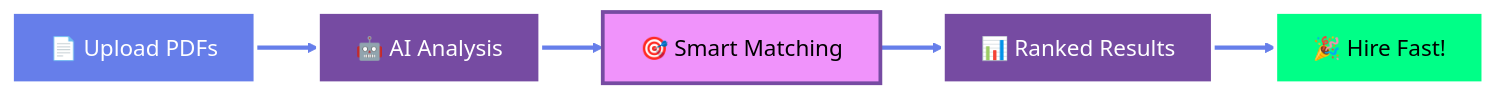
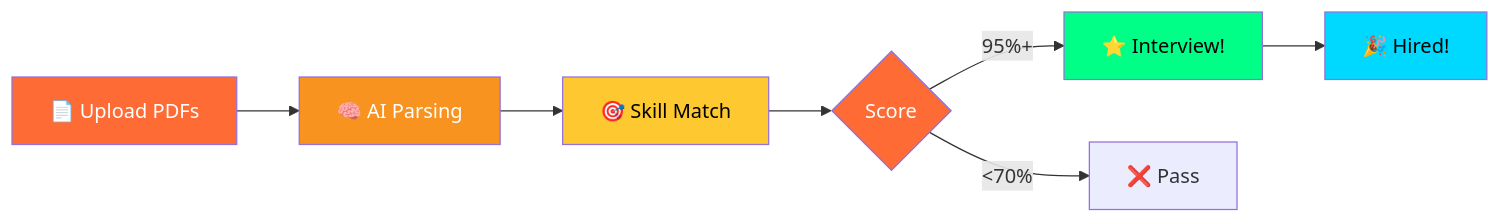
Before and after one commit to alam025/resume-screening-ai: the diagram in README.md, drawn with Mermaid. The commit also changed other lines of this file, not shown here.

````diff
--- a/README.md
+++ b/README.md
@@ -63,14 +71,16 @@
 ```mermaid
-%%{init: {'theme':'base', 'themeVariables': { 'primaryColor':'#667eea','primaryTextColor':'#fff','primaryBorderColor':'#764ba2','lineColor':'#667eea','secondaryColor':'#764ba2','tertiaryColor':'#f093fb','fontSize':'18px'}}}%%
 graph LR
-    A[📄 Upload PDFs] ==> B[🤖 AI Analysis]
-    B ==> C[🎯 Smart Matching]
-    C ==> D[📊 Ranked Results]
-    D ==> E[🎉 Hire Fast!]
+    A[📄 Upload PDFs] --> B[🧠 AI Parsing]
+    B --> C[🎯 Skill Match]
+    C --> D{Score}
+    D -->|95%+| E[⭐ Interview!]
+    D -->|<70%| F[❌ Pass]
+    E --> G[🎉 Hired!]
     
-    style A fill:#667eea,stroke:#fff,stroke-width:3px,color:#fff
-    style B fill:#764ba2,stroke:#fff,stroke-width:3px,color:#fff
-    style C fill:#f093fb,stroke:#764ba2,stroke-width:3px,color:#000
-    style D fill:#764ba2,stroke:#fff,stroke-width:3px,color:#fff
-    style E fill:#00ff87,stroke:#fff,stroke-width:3px,color:#000
+    style A fill:#FF6B35,color:#fff
+    style B fill:#F7931E,color:#fff
+    style C fill:#FDC830,color:#000
+    style D fill:#FF6B35,color:#fff
+    style E fill:#00FF87,color:#000
+    style G fill:#00D9FF,color:#000
 ```
````
